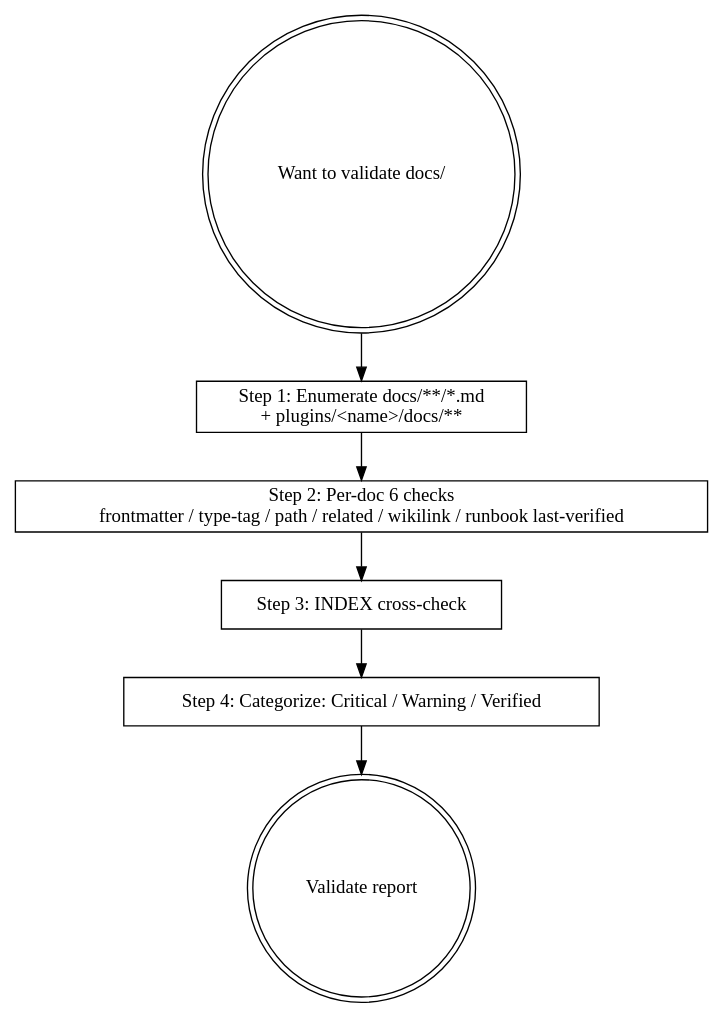
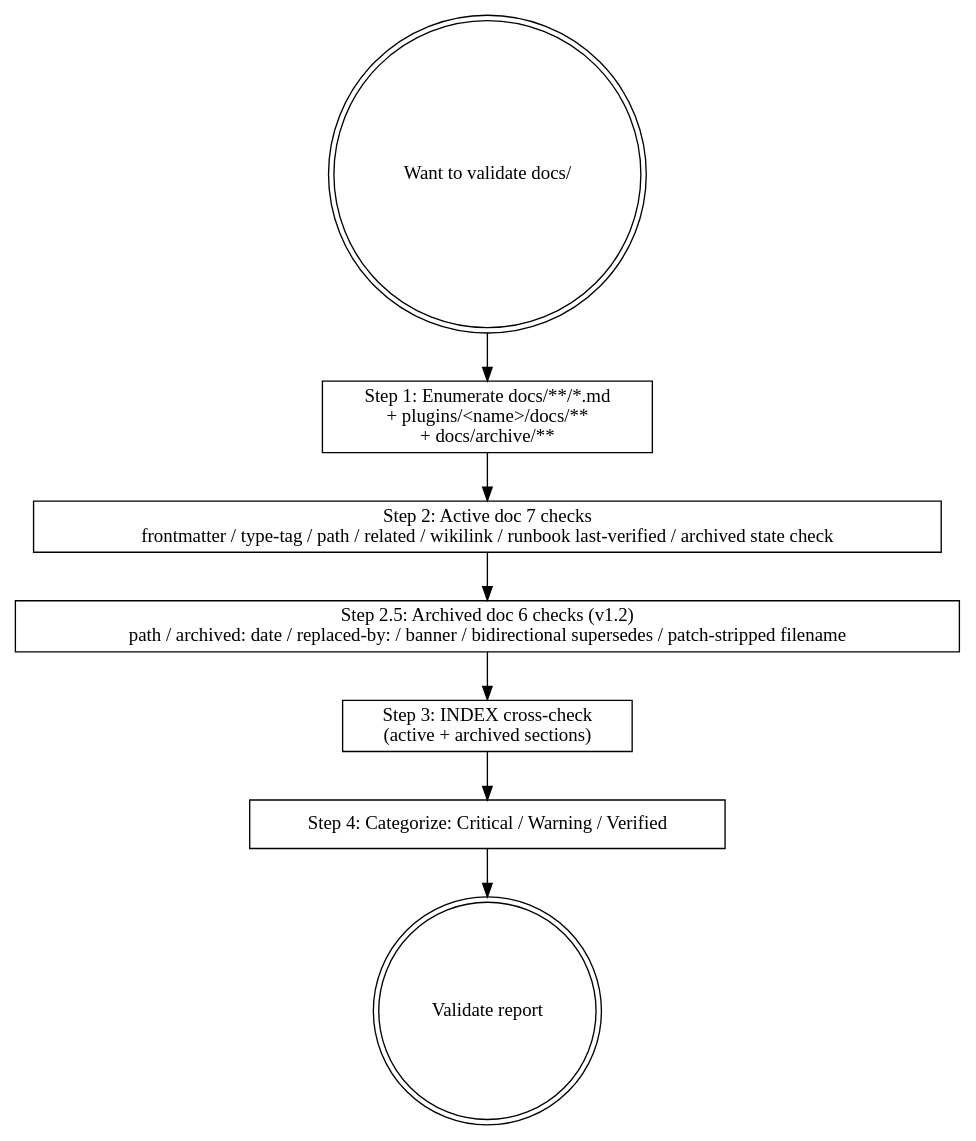
Before and after one commit to MJ-AgentLab/mj-agentlab-marketplace: the diagram in .claude/skills/mp-doc-validate/SKILL.md, drawn with Graphviz. The commit also changed other lines of this file, not shown here.

````diff
--- a/.claude/skills/mp-doc-validate/SKILL.md
+++ b/.claude/skills/mp-doc-validate/SKILL.md
@@ -21,15 +22,16 @@
 ```dot
 digraph validate {
   rankdir=TB;
   start [label="Want to validate docs/" shape=doublecircle];
 
-  s1 [label="Step 1: Enumerate docs/**/*.md\n+ plugins/<name>/docs/**" shape=box];
-  s2 [label="Step 2: Per-doc 6 checks\nfrontmatter / type-tag / path / related / wikilink / runbook last-verified" shape=box];
-  s3 [label="Step 3: INDEX cross-check" shape=box];
+  s1 [label="Step 1: Enumerate docs/**/*.md\n+ plugins/<name>/docs/**\n+ docs/archive/**" shape=box];
+  s2 [label="Step 2: Active doc 7 checks\nfrontmatter / type-tag / path / related / wikilink / runbook last-verified / archived state check" shape=box];
+  s2b [label="Step 2.5: Archived doc 6 checks (v1.2)\npath / archived: date / replaced-by: / banner / bidirectional supersedes / patch-stripped filename" shape=box];
+  s3 [label="Step 3: INDEX cross-check\n(active + archived sections)" shape=box];
   s4 [label="Step 4: Categorize: Critical / Warning / Verified" shape=box];
 
   done [label="Validate report" shape=doublecircle];
 
-  start -> s1 -> s2 -> s3 -> s4 -> done;
+  start -> s1 -> s2 -> s2b -> s3 -> s4 -> done;
 }
 ```
````
